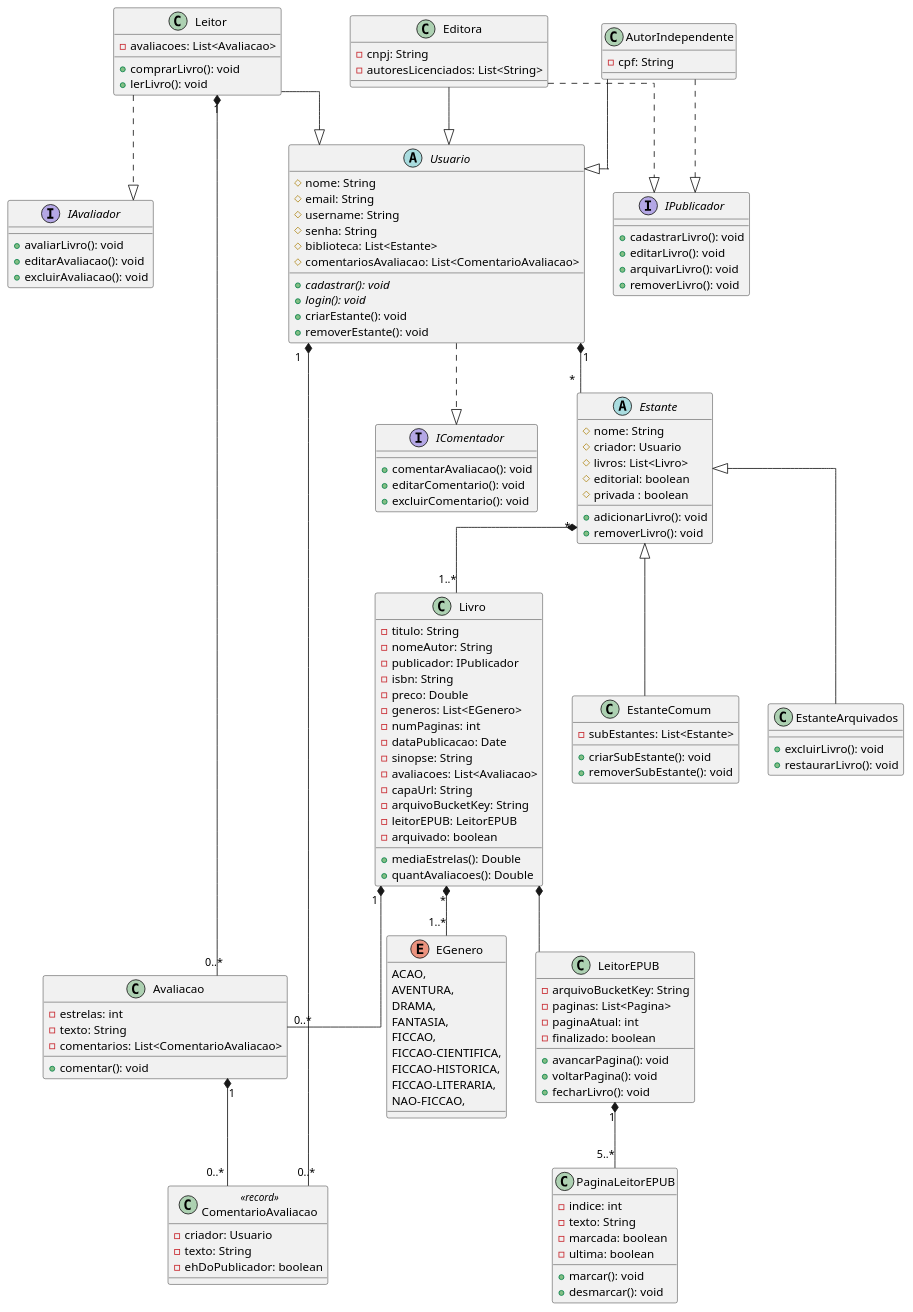
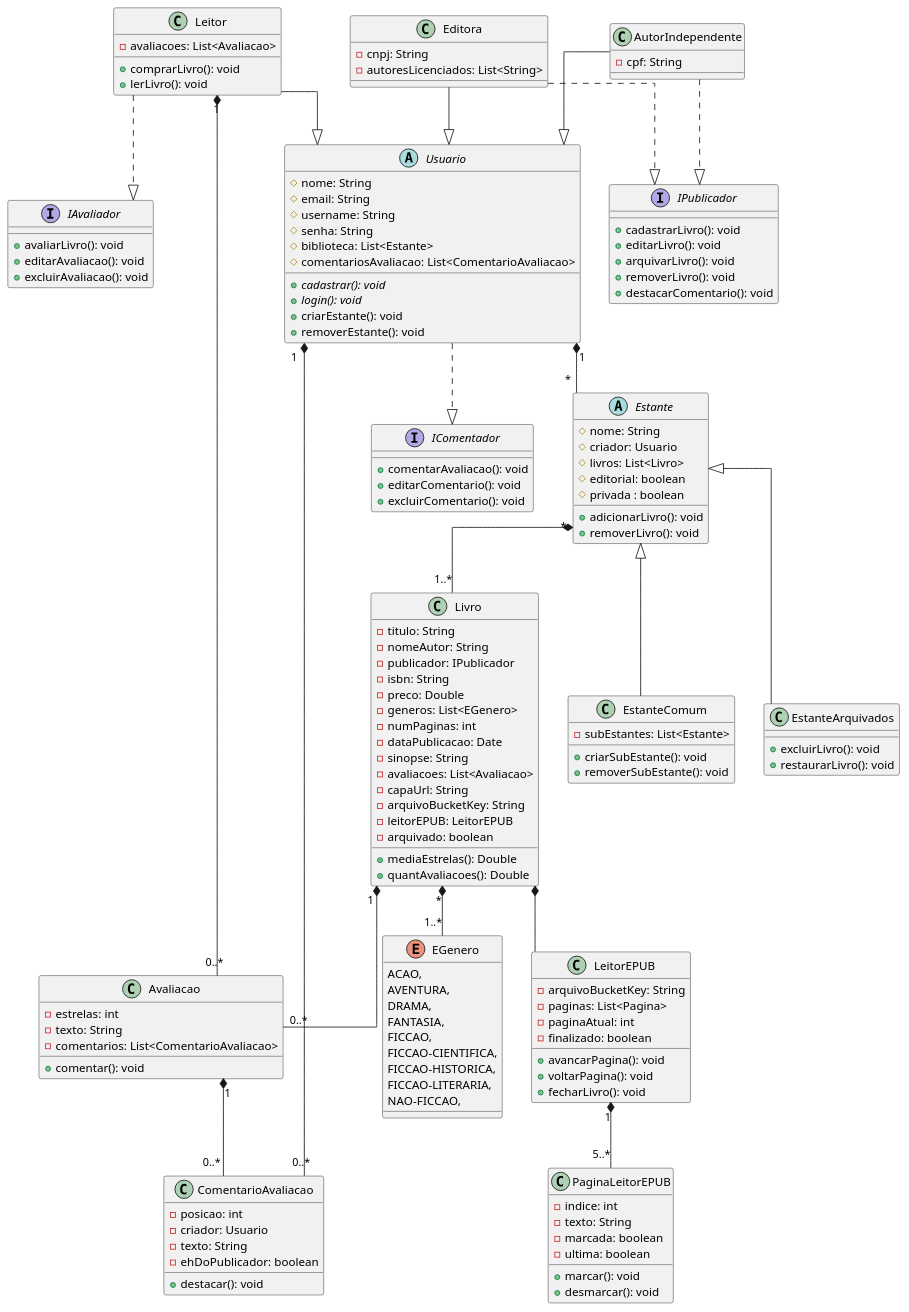
The diagram in docs/codigo-plantuml/diagrama-classe.puml (jalv21/iLib), drawn with PlantUML before and after one commit.

Commit message:
docs/finalizando diagrama de classe

```diff
--- a/docs/codigo-plantuml/diagrama-classe.puml
+++ b/docs/codigo-plantuml/diagrama-classe.puml
@@ -1,152 +1,155 @@
 @startuml diagrama-classe
 skinparam linetype ortho
 
 abstract class Usuario {
     # nome: String
     # email: String
     # username: String
     # senha: String
     # biblioteca: List<Estante>
     # comentariosAvaliacao: List<ComentarioAvaliacao>
     + cadastrar(): void {abstract}
     + login(): void {abstract}
     + criarEstante(): void
     + removerEstante(): void
 }
 Usuario "1" *-- "*" Estante
 Usuario "1" *-- "0..*" ComentarioAvaliacao
 
 interface IComentador {
     + comentarAvaliacao(): void
     + editarComentario(): void
     + excluirComentario(): void
 }
 Usuario ..|> IComentador
 
 interface IPublicador {
     + cadastrarLivro(): void
     + editarLivro(): void
     + arquivarLivro(): void
     + removerLivro(): void
+    + destacarComentario(): void
 }
 
 class AutorIndependente {
     - cpf: String
 }
 AutorIndependente --|> Usuario
 AutorIndependente ..|> IPublicador
 
 class Editora {
     - cnpj: String
     - autoresLicenciados: List<String>
 }
 Editora --|> Usuario
 Editora ..|> IPublicador
 
 interface IAvaliador {
     + avaliarLivro(): void
     + editarAvaliacao(): void
     + excluirAvaliacao(): void
 }
 
 class Leitor {
     - avaliacoes: List<Avaliacao>
     + comprarLivro(): void
     + lerLivro(): void
 }
 Leitor --|> Usuario
 Leitor ..|> IAvaliador
 Leitor "1" *-- "0..*" Avaliacao
 
 abstract class Estante {
     # nome: String
     # criador: Usuario
     # livros: List<Livro>
     # editorial: boolean
     # privada : boolean
     + adicionarLivro(): void
     + removerLivro(): void
 }
 Estante "*" *-- "1..*" Livro
 Estante <|-- EstanteComum
 Estante <|-- EstanteArquivados
 
 class EstanteComum {
     - subEstantes: List<Estante>
     + criarSubEstante(): void
     + removerSubEstante(): void 
 }
 
 class EstanteArquivados {
     + excluirLivro(): void
     + restaurarLivro(): void
 }
 
 class Livro {
     - titulo: String
     - nomeAutor: String
     - publicador: IPublicador
     - isbn: String
     - preco: Double
     - generos: List<EGenero>
     - numPaginas: int
     - dataPublicacao: Date
     - sinopse: String
     - avaliacoes: List<Avaliacao>
     - capaUrl: String
     - arquivoBucketKey: String
     - leitorEPUB: LeitorEPUB
     - arquivado: boolean
     + mediaEstrelas(): Double
     + quantAvaliacoes(): Double
 }
 Livro "*" *-- "1..*" EGenero
 Livro "1" *-- "0..*" Avaliacao
 Livro *-- LeitorEPUB
 
 enum EGenero {
     ACAO,
     AVENTURA,
     DRAMA,
     FANTASIA,
     FICCAO,
     FICCAO-CIENTIFICA,
     FICCAO-HISTORICA,
     FICCAO-LITERARIA,
     NAO-FICCAO,
 }
 
 class Avaliacao {
     - estrelas: int
     - texto: String
     - comentarios: List<ComentarioAvaliacao>
     + comentar(): void
 }
 Avaliacao "1" *-- "0..*" ComentarioAvaliacao
 
-class ComentarioAvaliacao <<record>>{
+class ComentarioAvaliacao {
+    - posicao: int
     - criador: Usuario
     - texto: String
     - ehDoPublicador: boolean
+    + destacar(): void
 }
 
 class LeitorEPUB {
     - arquivoBucketKey: String
     - paginas: List<Pagina> 
     - paginaAtual: int
     - finalizado: boolean
     + avancarPagina(): void
     + voltarPagina(): void
     + fecharLivro(): void
 }
 LeitorEPUB "1" *-- "5..*" PaginaLeitorEPUB
 
 class PaginaLeitorEPUB {
     - indice: int
     - texto: String
     - marcada: boolean
     - ultima: boolean
     + marcar(): void
     + desmarcar(): void
 }
 @enduml
```
